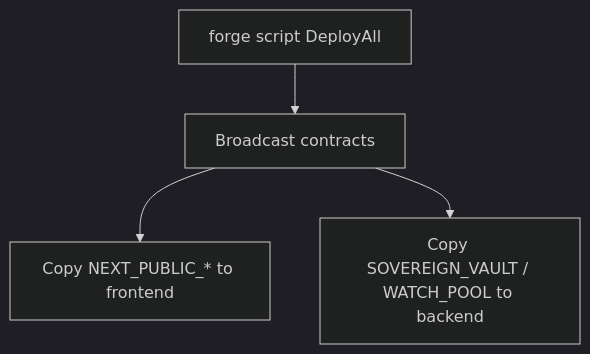
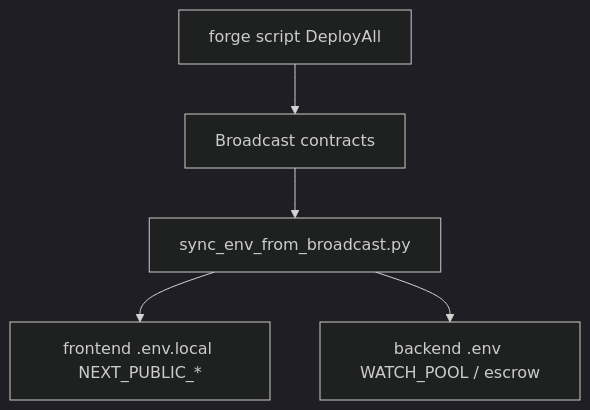
The diagram in docs/getting-started/quick-start.md (NotKrystian/DeltaFlow), drawn with Mermaid (dark theme) before and after one commit. The commit also changed other lines of this file and 67 other files, not shown here.

````diff
--- a/docs/getting-started/quick-start.md
+++ b/docs/getting-started/quick-start.md
@@ -9,6 +9,7 @@
 ```mermaid
 flowchart TD
   A[forge script DeployAll] --> B[Broadcast contracts]
-  B --> C[Copy NEXT_PUBLIC_* to frontend]
-  B --> D[Copy SOVEREIGN_VAULT / WATCH_POOL to backend]
+  B --> C[sync_env_from_broadcast.py]
+  C --> F[frontend .env.local NEXT_PUBLIC_*]
+  C --> D[backend .env WATCH_POOL / escrow]
 ```
````
